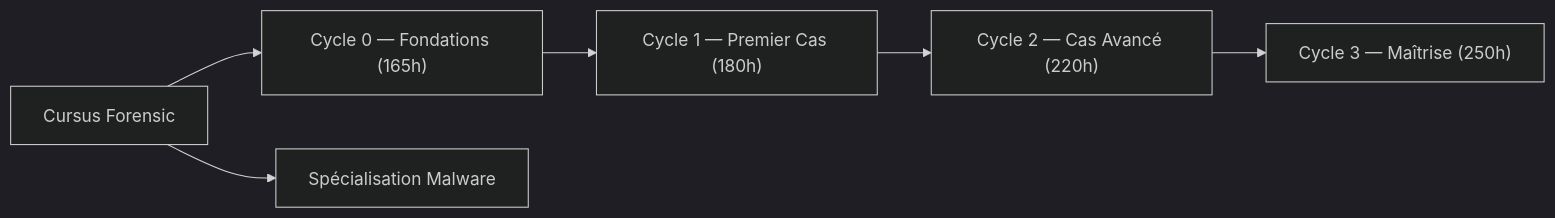
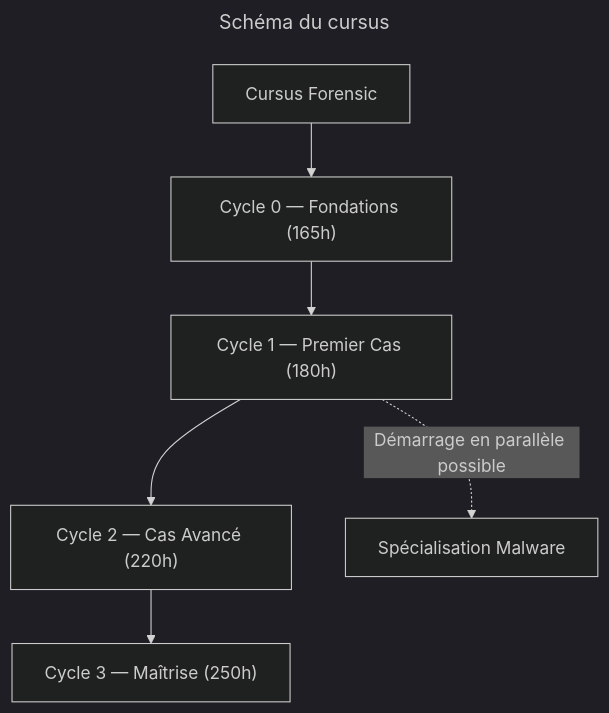
The diagram in docs/cursus-forensic/index.md (zyrass/omnydocs), drawn with Mermaid (dark theme) before and after one commit. The commit also changed other lines of this file and 989 other files, not shown here.

````diff
--- a/docs/cursus-forensic/index.md
+++ b/docs/cursus-forensic/index.md
@@ -31,16 +35,20 @@
 ```mermaid
-flowchart LR
+---
+title: "Schéma du cursus"
+config: "dark"
+---
+flowchart TB
     CF[Cursus Forensic]
 
     C0["Cycle 0 — Fondations (165h)"]
     C1["Cycle 1 — Premier Cas (180h)"]
     C2["Cycle 2 — Cas Avancé (220h)"]
     C3["Cycle 3 — Maîtrise (250h)"]
     M["Spécialisation Malware"]
 
     CF --> C0
-    CF --> M
+    C1 -.-> | Démarrage en parallèle possible | M
     C0 --> C1
     C1 --> C2
     C2 --> C3
 ```
````
